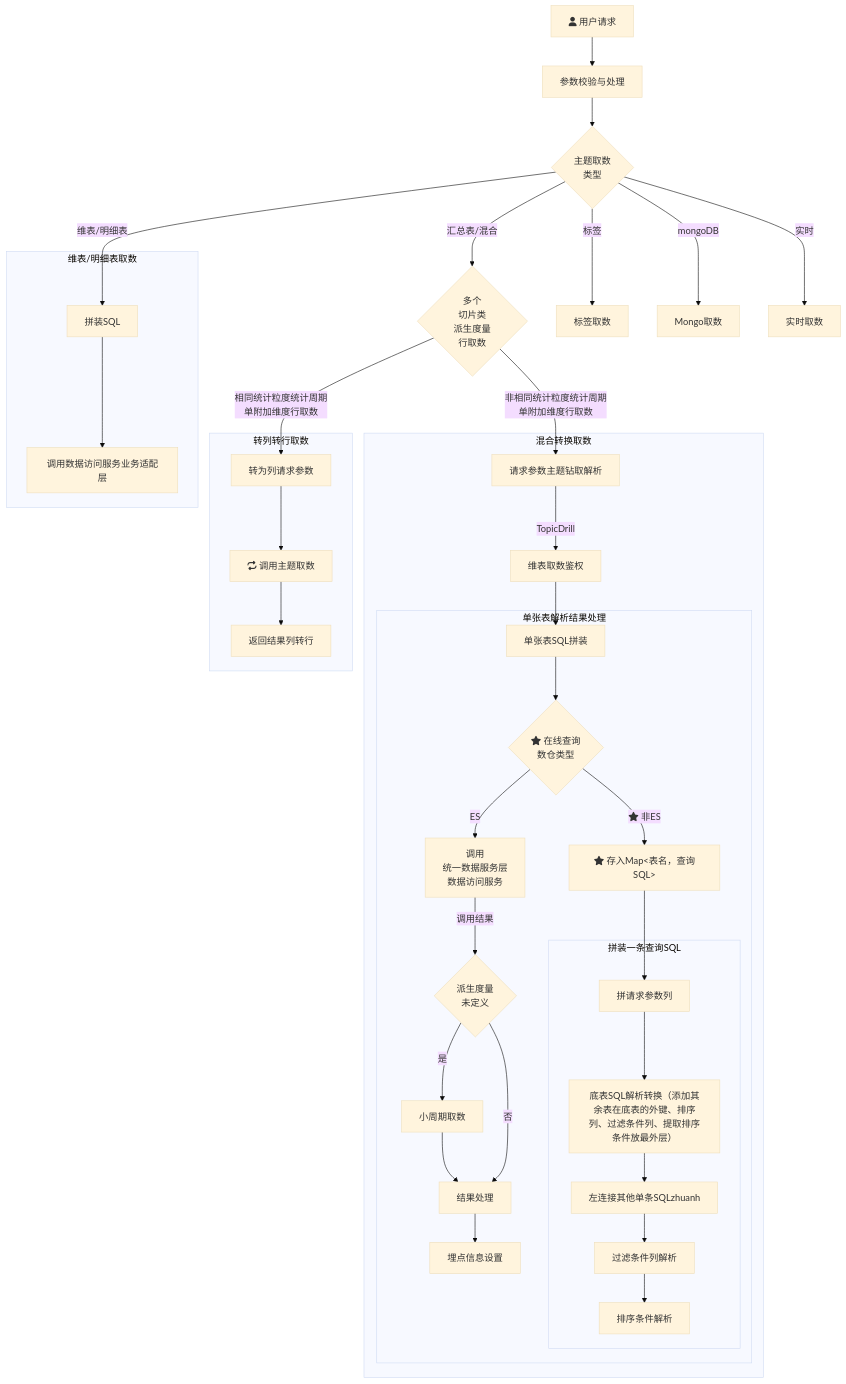
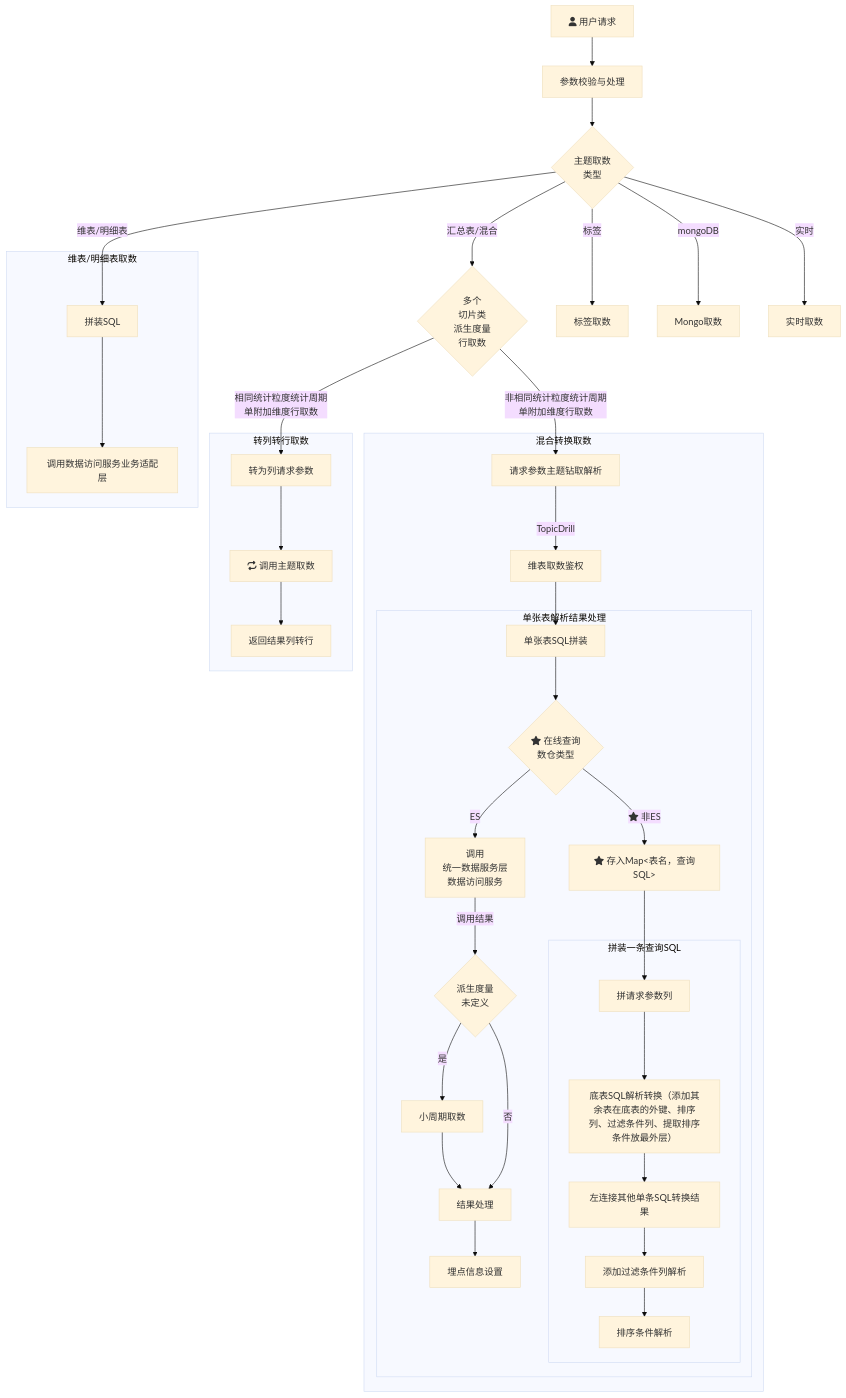
Before and after one commit to yanglosm/iodraw-files: the diagram in all/未命名.md, drawn with Mermaid (base theme).

Commit message:
2024-11-29 19:39:55 update

````diff
--- a/all/未命名.md
+++ b/all/未命名.md
@@ -1,30 +1,30 @@
 ```mermaid
 flowchart TD
     A[fa:fa-user 用户请求] -->A1[参数校验与处理] --> B{主题取数\n类型}
     B -->|维表/明细表| D[拼装SQL]
     B -->|汇总表/混合| E{多个\n切片类\n派生度量\n行取数}
     B -->|标签| F[标签取数]
     B -->|mongoDB| G[Mongo取数]
     B -->|实时| H[实时取数]
     E -->|相同统计粒度统计周期\n单附加维度行取数| E1[转为列请求参数]
     E -->|非相同统计粒度统计周期\n单附加维度行取数| T1[请求参数主题钻取解析]
     subgraph 维表/明细表取数
     D-->D1[调用数据访问服务业务适配层]
     end
     subgraph 转列转行取数
     E1-->E11[fa:fa-repeat 调用主题取数]-->E12[返回结果列转行]
     end
     subgraph 混合转换取数
     T1-->|TopicDrill| T2[维表取数鉴权] --> T31[单张表SQL拼装]
         subgraph 单张表解析结果处理
         T31 --> T4{fa:fa-star 在线查询\n数仓类型}-->|ES|T32[调用\n统一数据服务层\n数据访问服务] --> |调用结果|T33{派生度量\n未定义}
         T33 --> |是|T33_1[小周期取数]-->T34[结果处理]-->T35[埋点信息设置]
         T33 --> |否|T34
         T4 --> |fa:fa-star 非ES|T41["fa:fa-star 存入Map<表名，查询SQL>"]
         T41 --> T42[拼请求参数列]
             subgraph 拼装一条查询SQL
-            T42 --> M1[底表SQL解析转换（添加其余表在底表的外键、排序列、过滤条件列、提取排序条件放最外层）] --> M2[左连接其他单条SQLzhuanh] --> 过滤条件列解析 --> 排序条件解析
+            T42 --> M1[底表SQL解析转换（添加其余表在底表的外键、排序列、过滤条件列、提取排序条件放最外层）] --> M2[左连接其他单条SQL转换结果] --> 添加过滤条件列解析 --> 排序条件解析
             end
         end
     end
 ```
````
